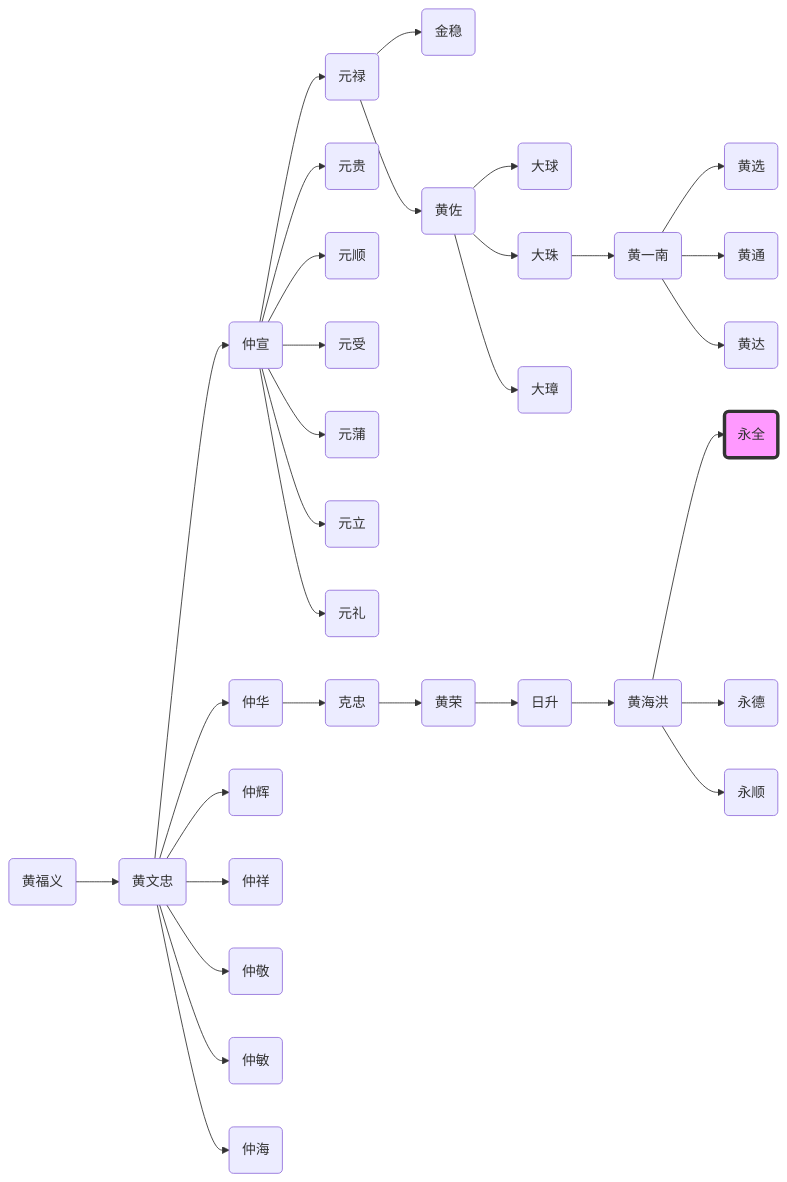
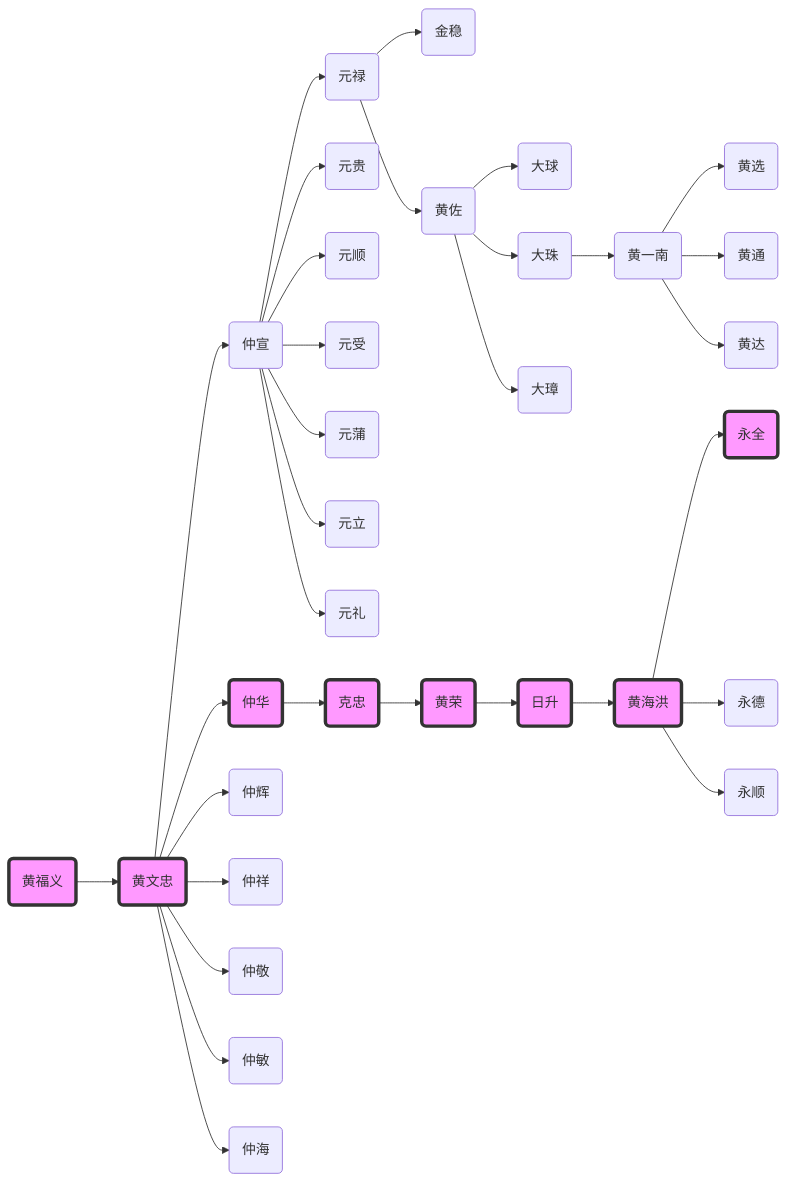
The first of 4 diagrams in contents/chapter2.md (jeanim/jiapu), drawn with Mermaid before and after one commit.

```diff
--- a/contents/chapter2.md
+++ b/contents/chapter2.md
@@ -5,35 +5,42 @@
 {% mermaid %}
 graph LR;
   huangfuyi("黄福义")-->huangwenzhong("黄文忠");
   huangwenzhong("黄文忠")-->zhongxuan("仲宣");
   zhongxuan("仲宣")-->yuanlu("元禄");
   yuanlu("元禄")-->jingwen("金稳");
   yuanlu("元禄")-->huangzuo("黄佐");
   huangzuo("黄佐")-->daqiu("大球");
   huangzuo("黄佐")-->dazhu("大珠");
   dazhu("大珠")-->huangyinan("黄一南");
   huangyinan("黄一南")-->huangxuan("黄选");
   huangyinan("黄一南")-->huangtong("黄通");
   huangyinan("黄一南")-->huangda("黄达");
   huangzuo("黄佐")-->dazhang("大璋");
   zhongxuan("仲宣")-->yuangui("元贵");
   zhongxuan("仲宣")-->yuanshun("元顺");
   zhongxuan("仲宣")-->yuanshou("元受");
   zhongxuan("仲宣")-->yuanpu("元蒲");
   zhongxuan("仲宣")-->yuanli("元立");
   zhongxuan("仲宣")-->yuanli2("元礼");
   huangwenzhong("黄文忠")-->zhonghua("仲华");
   zhonghua("仲华")-->kezhong("克忠");
   kezhong("克忠")-->huangrong("黄荣");
   huangrong("黄荣")-->risheng("日升");
   risheng("日升")-->huanghaihong("黄海洪");
   huanghaihong("黄海洪")-->yongquan("永全"); 
   huanghaihong("黄海洪")-->yongde("永德");
   huanghaihong("黄海洪")-->yongshun("永顺");
   huangwenzhong("黄文忠")-->zhonghui("仲辉");
   huangwenzhong("黄文忠")-->zhongxiang("仲祥");
   huangwenzhong("黄文忠")-->zhongjing("仲敬");
   huangwenzhong("黄文忠")-->zhongmin("仲敏");
   huangwenzhong("黄文忠")-->zhonghai("仲海");
+  style huangfuyi fill:#f9f,stroke:#333,stroke-width:4px;  
+  style huangwenzhong fill:#f9f,stroke:#333,stroke-width:4px;
+  style zhonghua fill:#f9f,stroke:#333,stroke-width:4px;  
+  style kezhong fill:#f9f,stroke:#333,stroke-width:4px;  
+  style huangrong fill:#f9f,stroke:#333,stroke-width:4px;  
+  style risheng fill:#f9f,stroke:#333,stroke-width:4px;  
+  style huanghaihong fill:#f9f,stroke:#333,stroke-width:4px;  
   style yongquan fill:#f9f,stroke:#333,stroke-width:4px;
 {% endmermaid %}
```
